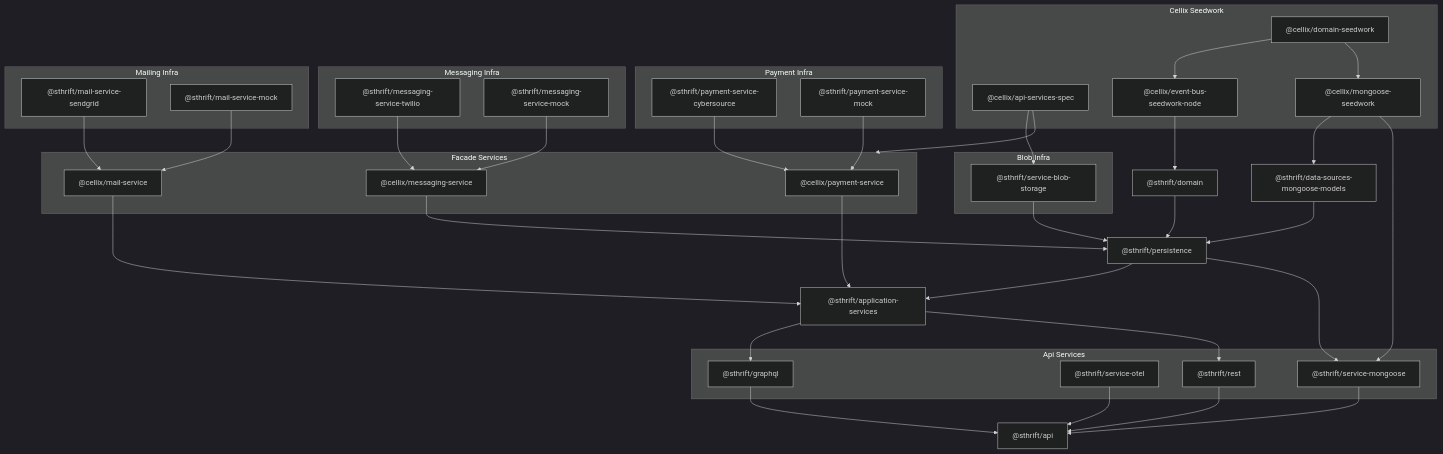
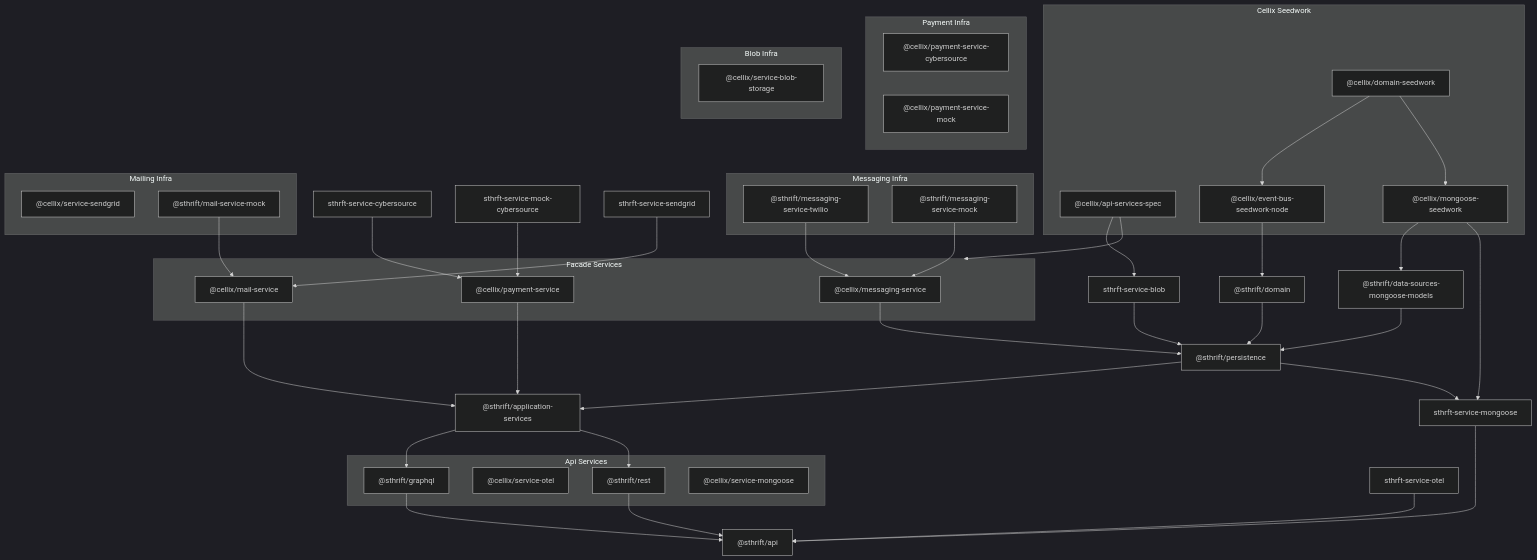
One commit to simnova/sharethrift changed the diagram in documents/architecture-diagram.md. Above: the diagram before and after it, drawn with Mermaid (dark theme). The commit also changed 103 other files, not shown here.

```diff
--- a/documents/architecture-diagram.md
+++ b/documents/architecture-diagram.md
@@ -11,8 +11,8 @@
   %% Infrastructure Services (split for clarity, spaced for linearity)
 
   subgraph Payment Infra
-    sthrft-service-cybersource["@sthrift/payment-service-cybersource"]
-    sthrft-service-mock-cybersource["@sthrift/payment-service-mock"]
+    cellix-service-cybersource["@cellix/payment-service-cybersource"]
+    cellix-service-mock-cybersource["@cellix/payment-service-mock"]
   end
 
   %% vertical space
@@ -25,7 +25,7 @@
   %% vertical space
 
   subgraph Mailing Infra
-    sthrft-service-sendgrid["@sthrift/mail-service-sendgrid"]
+    cellix-service-sendgrid["@cellix/service-sendgrid"]
     sthrft-mock-service-sendgrid["@sthrift/mail-service-mock"]
   end
 
@@ -42,7 +42,7 @@
 
   %% Blob Infra above Persistence
   subgraph Blob Infra
-    sthrft-service-blob["@sthrift/service-blob-storage"]
+    cellix-service-blob["@cellix/service-blob-storage"]
   end
 
   %% extra vertical space
@@ -59,9 +59,9 @@
   %% API Services (below app)
   subgraph Api Services
     sthrft-graphql["@sthrift/graphql"]
-    sthrft-service-otel["@sthrift/service-otel"]
+    cellix-service-otel["@cellix/service-otel"]
     sthrft-rest["@sthrift/rest"]
-    sthrft-service-mongoose["@sthrift/service-mongoose"]
+    cellix-service-mongoose["@cellix/service-mongoose"]
   end
 
   %% API Entrypoint (bottom)
```
